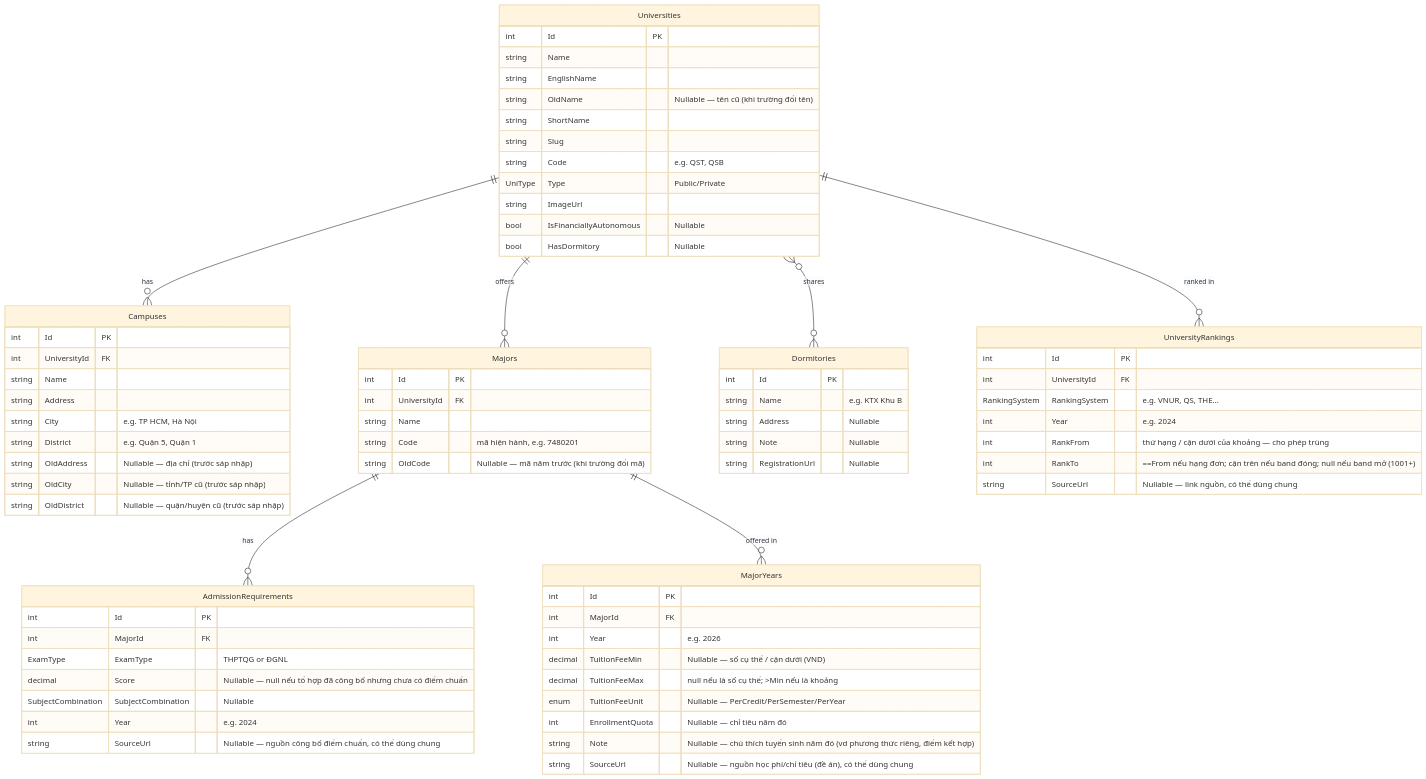
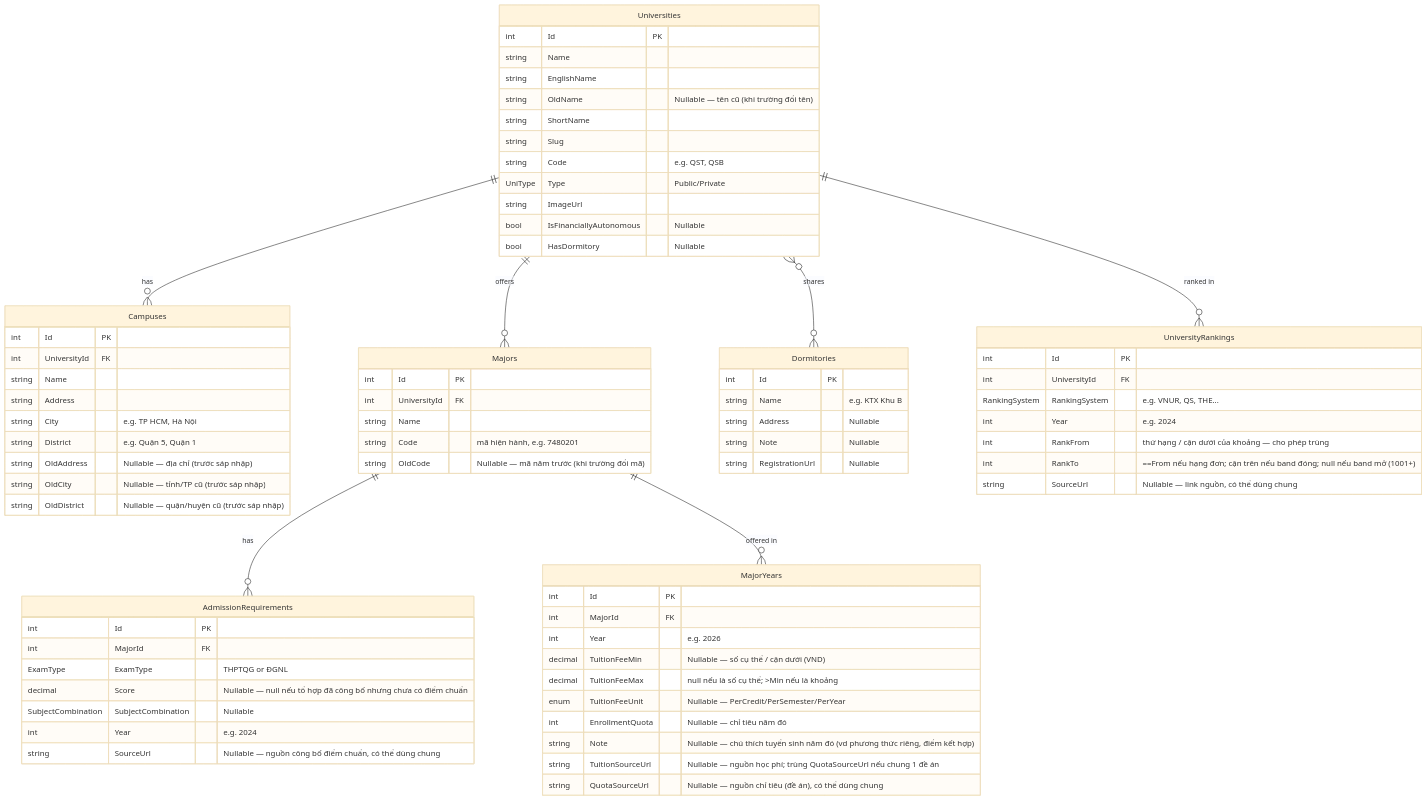
Before and after one commit to longhuynhdev/TimTruong: the diagram in docs/ER-model.md, drawn with Mermaid (base theme). The commit also changed 23 other files, not shown here.

Commit message:
etl: flag '--tuition-source-url', '--quota-source-url' in extract_majors.py

```diff
--- a/docs/ER-model.md
+++ b/docs/ER-model.md
@@ -58,7 +58,8 @@
         enum TuitionFeeUnit "Nullable — PerCredit/PerSemester/PerYear"
         int EnrollmentQuota "Nullable — chỉ tiêu năm đó"
         string Note "Nullable — chú thích tuyển sinh năm đó (vd phương thức riêng, điểm kết hợp)"
-        string SourceUrl "Nullable — nguồn học phí/chỉ tiêu (đề án), có thể dùng chung"
+        string TuitionSourceUrl "Nullable — nguồn học phí; trùng QuotaSourceUrl nếu chung 1 đề án"
+        string QuotaSourceUrl "Nullable — nguồn chỉ tiêu (đề án), có thể dùng chung"
     }
 
     AdmissionRequirements {
```
